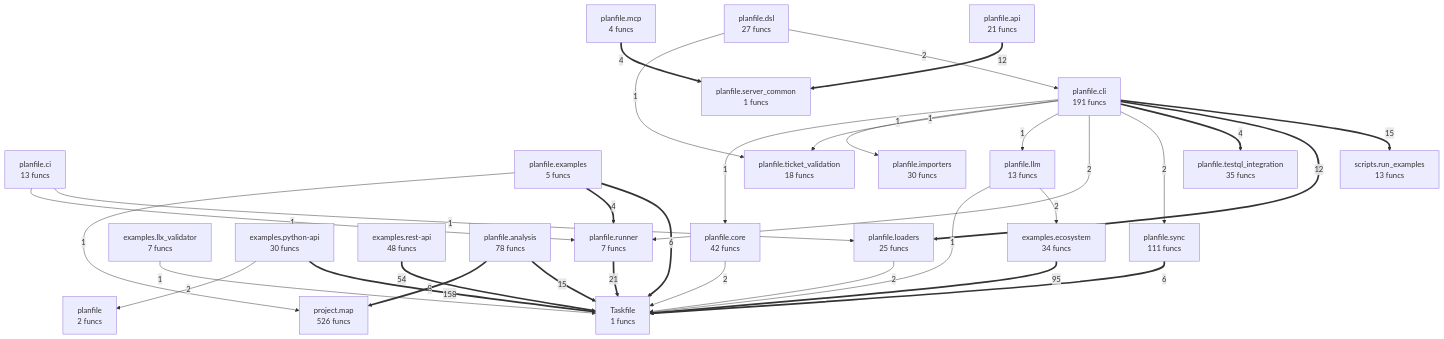
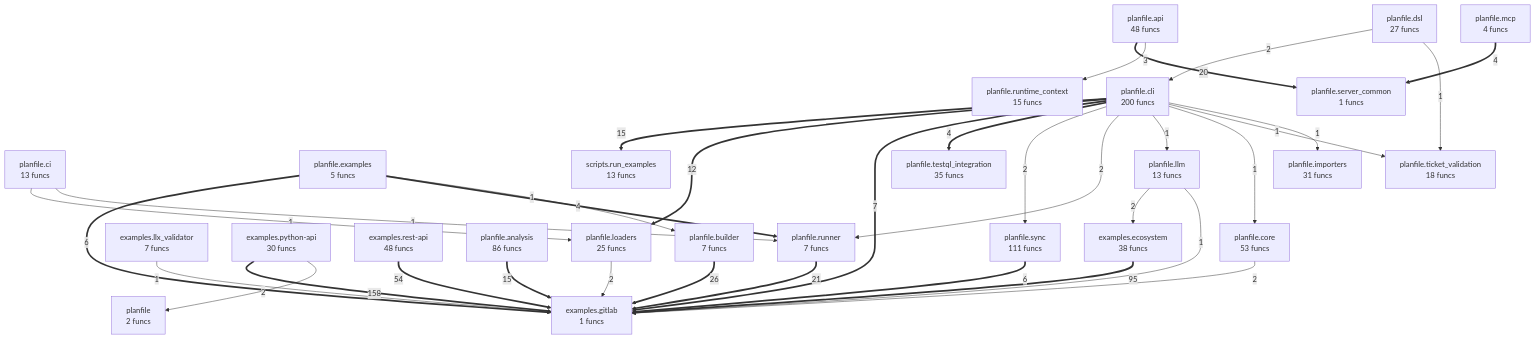
The diagram in project/compact_flow.mmd (semcod/planfile), drawn with Mermaid before and after one commit. The commit also changed 27 other files, not shown here.

```diff
--- a/project/compact_flow.mmd
+++ b/project/compact_flow.mmd
@@ -1,56 +1,60 @@
 flowchart TD
-    Taskfile["Taskfile<br/>1 funcs"]
-    examples__ecosystem["examples.ecosystem<br/>34 funcs"]
+%% generated in 0.07s
+    examples__ecosystem["examples.ecosystem<br/>38 funcs"]
+    examples__gitlab["examples.gitlab<br/>1 funcs"]
     examples__llx_validator["examples.llx_validator<br/>7 funcs"]
     examples__python_api["examples.python-api<br/>30 funcs"]
     examples__rest_api["examples.rest-api<br/>48 funcs"]
     planfile["planfile<br/>2 funcs"]
-    planfile__analysis["planfile.analysis<br/>78 funcs"]
-    planfile__api["planfile.api<br/>21 funcs"]
+    planfile__analysis["planfile.analysis<br/>86 funcs"]
+    planfile__api["planfile.api<br/>48 funcs"]
+    planfile__builder["planfile.builder<br/>7 funcs"]
     planfile__ci["planfile.ci<br/>13 funcs"]
-    planfile__cli["planfile.cli<br/>191 funcs"]
-    planfile__core["planfile.core<br/>42 funcs"]
+    planfile__cli["planfile.cli<br/>200 funcs"]
+    planfile__core["planfile.core<br/>53 funcs"]
     planfile__dsl["planfile.dsl<br/>27 funcs"]
     planfile__examples["planfile.examples<br/>5 funcs"]
-    planfile__importers["planfile.importers<br/>30 funcs"]
+    planfile__importers["planfile.importers<br/>31 funcs"]
     planfile__llm["planfile.llm<br/>13 funcs"]
     planfile__loaders["planfile.loaders<br/>25 funcs"]
     planfile__mcp["planfile.mcp<br/>4 funcs"]
     planfile__runner["planfile.runner<br/>7 funcs"]
+    planfile__runtime_context["planfile.runtime_context<br/>15 funcs"]
     planfile__server_common["planfile.server_common<br/>1 funcs"]
     planfile__sync["planfile.sync<br/>111 funcs"]
     planfile__testql_integration["planfile.testql_integration<br/>35 funcs"]
     planfile__ticket_validation["planfile.ticket_validation<br/>18 funcs"]
-    project__map["project.map<br/>526 funcs"]
     scripts__run_examples["scripts.run_examples<br/>13 funcs"]
-    examples__python_api ==>|158| Taskfile
-    examples__ecosystem ==>|95| Taskfile
-    examples__rest_api ==>|54| Taskfile
-    planfile__runner ==>|21| Taskfile
-    planfile__analysis ==>|15| Taskfile
+    examples__python_api ==>|158| examples__gitlab
+    examples__ecosystem ==>|95| examples__gitlab
+    examples__rest_api ==>|54| examples__gitlab
+    planfile__builder ==>|26| examples__gitlab
+    planfile__runner ==>|21| examples__gitlab
+    planfile__api ==>|20| planfile__server_common
+    planfile__analysis ==>|15| examples__gitlab
     planfile__cli ==>|15| scripts__run_examples
     planfile__cli ==>|12| planfile__loaders
-    planfile__api ==>|12| planfile__server_common
-    planfile__analysis ==>|8| project__map
-    planfile__examples ==>|6| Taskfile
-    planfile__sync ==>|6| Taskfile
+    planfile__cli ==>|7| examples__gitlab
+    planfile__examples ==>|6| examples__gitlab
+    planfile__sync ==>|6| examples__gitlab
     planfile__examples ==>|4| planfile__runner
     planfile__cli ==>|4| planfile__testql_integration
     planfile__mcp ==>|4| planfile__server_common
+    planfile__api -->|3| planfile__runtime_context
     examples__python_api -->|2| planfile
-    planfile__loaders -->|2| Taskfile
-    planfile__core -->|2| Taskfile
+    planfile__loaders -->|2| examples__gitlab
     planfile__cli -->|2| planfile__sync
     planfile__cli -->|2| planfile__runner
     planfile__llm -->|2| examples__ecosystem
     planfile__dsl -->|2| planfile__cli
-    examples__llx_validator -->|1| Taskfile
-    planfile__examples -->|1| project__map
+    planfile__core -->|2| examples__gitlab
+    planfile__examples -->|1| planfile__builder
+    examples__llx_validator -->|1| examples__gitlab
     planfile__ci -->|1| planfile__loaders
     planfile__ci -->|1| planfile__runner
     planfile__cli -->|1| planfile__llm
+    planfile__cli -->|1| planfile__core
+    planfile__llm -->|1| examples__gitlab
     planfile__cli -->|1| planfile__ticket_validation
     planfile__cli -->|1| planfile__importers
-    planfile__cli -->|1| planfile__core
-    planfile__llm -->|1| Taskfile
     planfile__dsl -->|1| planfile__ticket_validation
```
